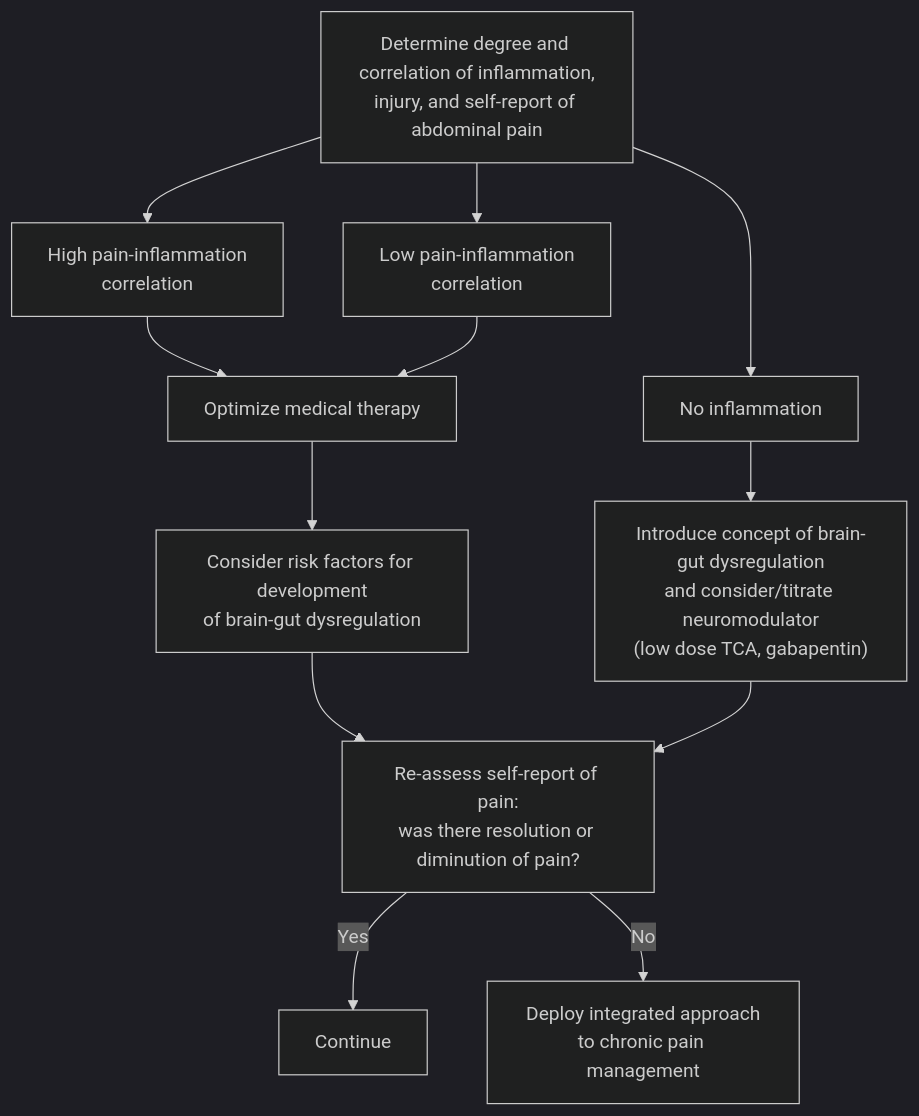
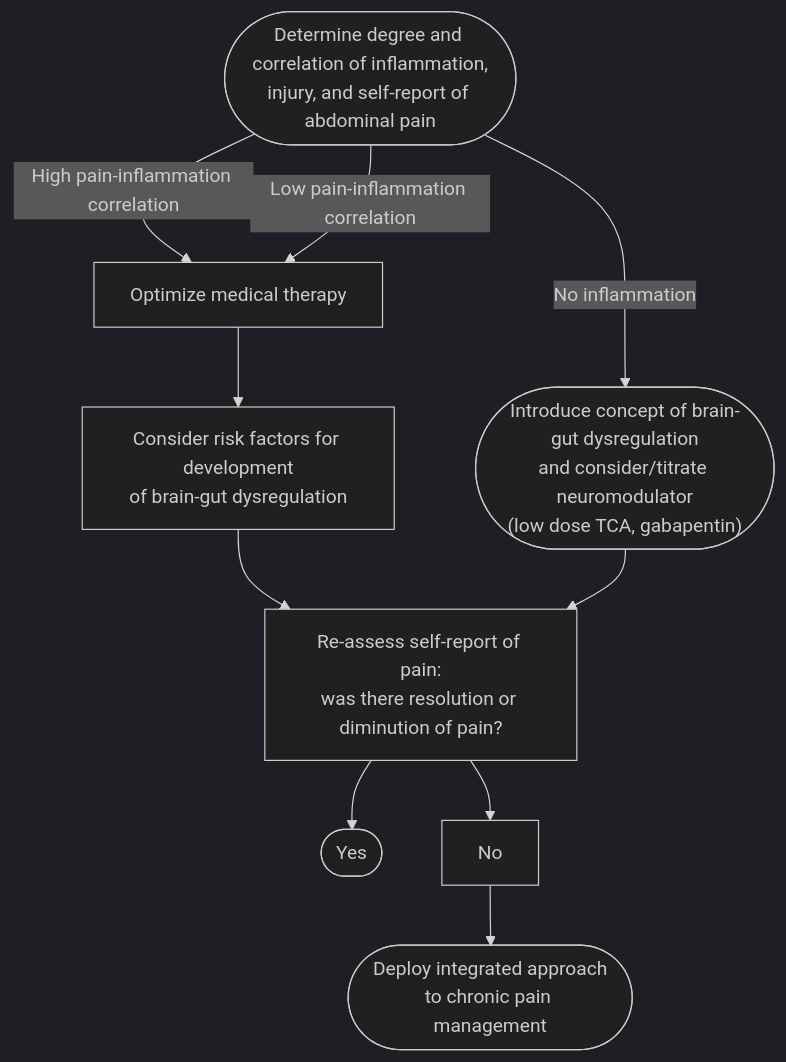
One commit to KHNickLeMD/KHNL-GI-Wiki changed the diagram in KHNL-GI-Wiki/wiki/7-concepts/ibd-pain-management.md. Above: the diagram before and after it, drawn with Mermaid (dark theme). The commit also changed other lines of this file and 15 other files, not shown here.

````diff
--- a/KHNL-GI-Wiki/wiki/7-concepts/ibd-pain-management.md
+++ b/KHNL-GI-Wiki/wiki/7-concepts/ibd-pain-management.md
@@ -71,14 +75,17 @@
 ```mermaid
 flowchart TD
-    A["Determine degree and correlation of inflammation,<br/>injury, and self-report of abdominal pain"] --> B["High pain-inflammation<br/>correlation"]
-    A --> C["Low pain-inflammation<br/>correlation"]
-    A --> D["No inflammation"]
-    B --> E["Optimize medical therapy"]
-    C --> E
+    A(["Determine degree and correlation of inflammation,<br/>injury, and self-report of abdominal pain"])
+    A -- "High pain-inflammation correlation" --> E["Optimize medical therapy"]
+    A -- "Low pain-inflammation correlation" --> E
     E --> F["Consider risk factors for development<br/>of brain-gut dysregulation"]
-    D --> G["Introduce concept of brain-gut dysregulation<br/>and consider/titrate neuromodulator<br/>(low dose TCA, gabapentin)"]
+    A -- "No inflammation" --> G(["Introduce concept of brain-gut dysregulation<br/>and consider/titrate neuromodulator<br/>(low dose TCA, gabapentin)"])
     F --> H["Re-assess self-report of pain:<br/>was there resolution or diminution of pain?"]
     G --> H
-    H -->|Yes| I["Continue"]
-    H -->|No| J["Deploy integrated approach<br/>to chronic pain management"]
+    H --> I(["Yes"])
+    H --> N["No"]
+    N --> J(["Deploy integrated approach<br/>to chronic pain management"])
+    class A start
+    class F,H,N test
+    class E,G,J act
+    class I stop
 ```
````
